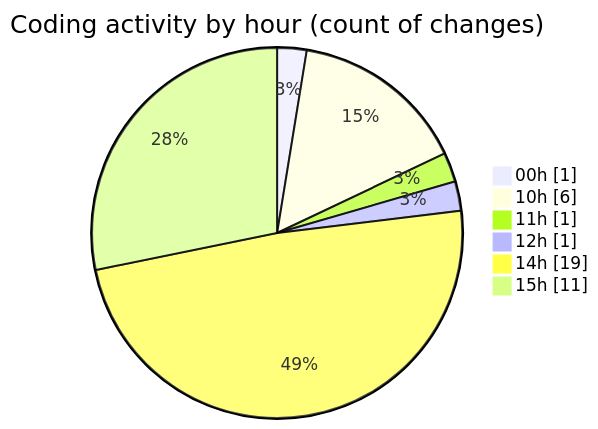
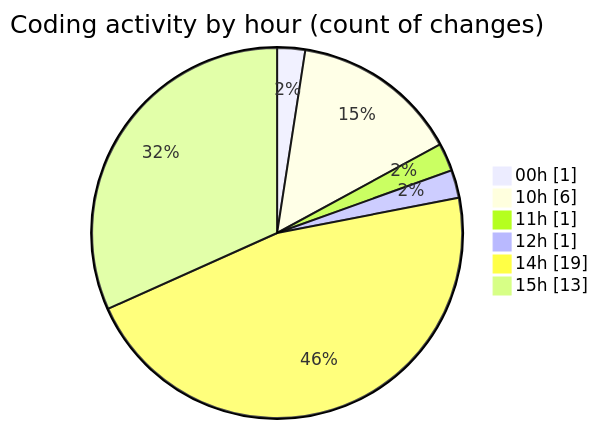
The second of 2 diagrams in 2025-07-25/cohera/README.md (JenPaints/code-tracking), drawn with Mermaid before and after one commit. The commit also changed other lines of this file and 1 other file, not shown here.

````diff
--- a/2025-07-25/cohera/README.md
+++ b/2025-07-25/cohera/README.md
@@ -40,10 +40,10 @@
 ```mermaid
 pie showData
 title Coding activity by hour (count of changes)
 "00h" : 1
 "10h" : 6
 "11h" : 1
 "12h" : 1
 "14h" : 19
-"15h" : 11
+"15h" : 13
 ```
````
